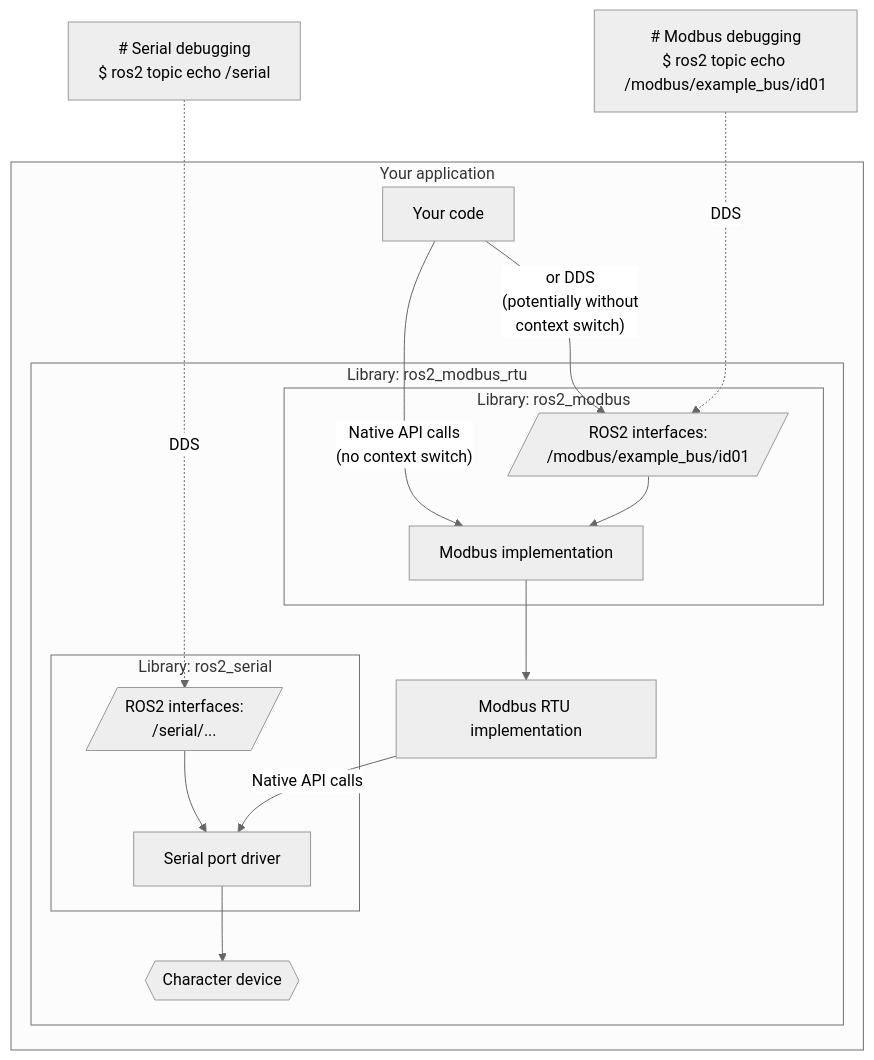
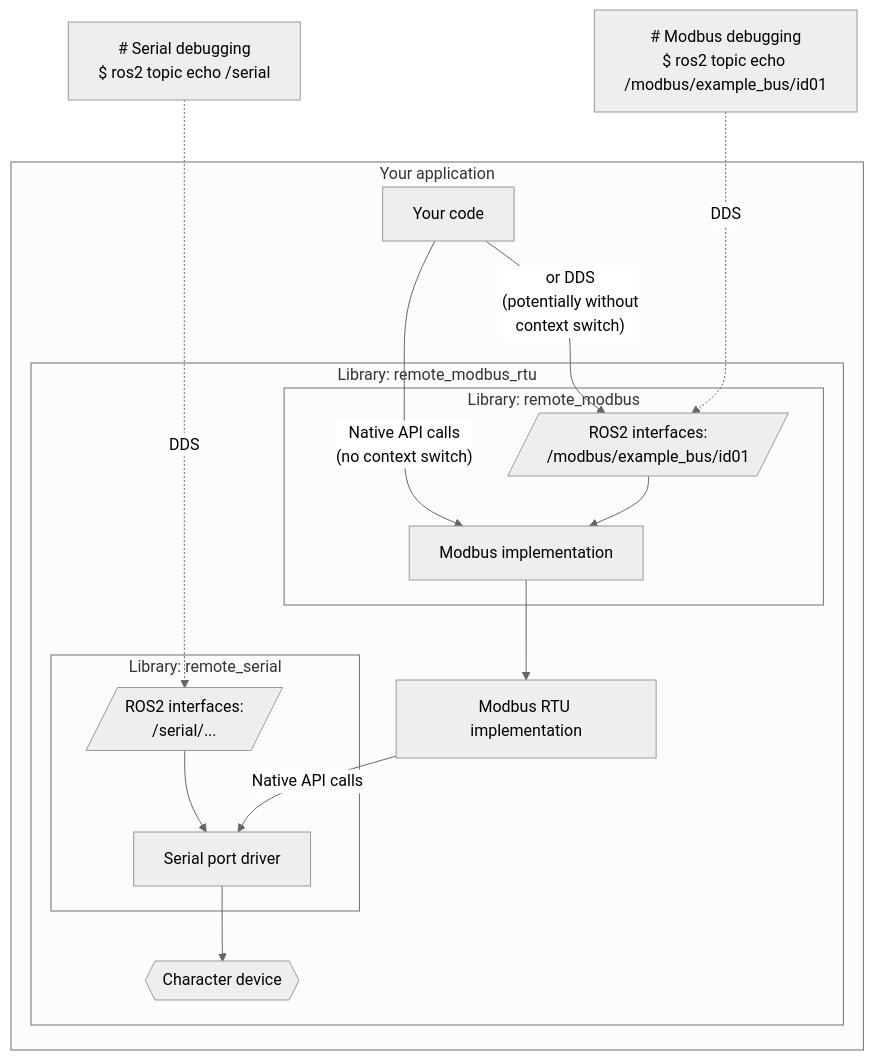
Before and after one commit to openvmp/modbus_rtu: the second of 2 diagrams in README.md, drawn with Mermaid (neutral theme). The commit also changed other lines of this file and 15 other files, not shown here.

````diff
--- a/README.md
+++ b/README.md
@@ -88,20 +84,20 @@
 ```mermaid
 flowchart TB
     cli_serial["# Serial debugging\n$ ros2 topic echo /serial"] -. "DDS" ....-> topic_serial[/ROS2 interfaces:\n/serial/.../]
     subgraph app["Your application"]
       code["Your code"] -- "Native API calls\n(no context switch)" --> driver_modbus
       code["Your code"] -- "or DDS\n(potentially without\ncontext switch)" --> topic_modbus
-      subgraph modbus_exe["Library: ros2_modbus_rtu"]
-        subgraph modbus["Library: ros2_modbus"]
+      subgraph modbus_exe["Library: remote_modbus_rtu"]
+        subgraph modbus["Library: remote_modbus"]
           topic_modbus[/ROS2 interfaces:\n/modbus/example_bus/id01/] --> driver_modbus["Modbus implementation"]
         end
-        subgraph serial["Library: ros2_serial"]
+        subgraph serial["Library: remote_serial"]
           topic_serial --> driver["Serial port driver"]
         end
         driver_modbus --> rtu["Modbus RTU implementation"]
         rtu -- "Native API calls" --> driver
         driver --> file{{"Character device"}}
       end
     end
     cli["# Modbus debugging\n$ ros2 topic echo /modbus/example_bus/id01"] -. "DDS" ..-> topic_modbus
 ```
````
